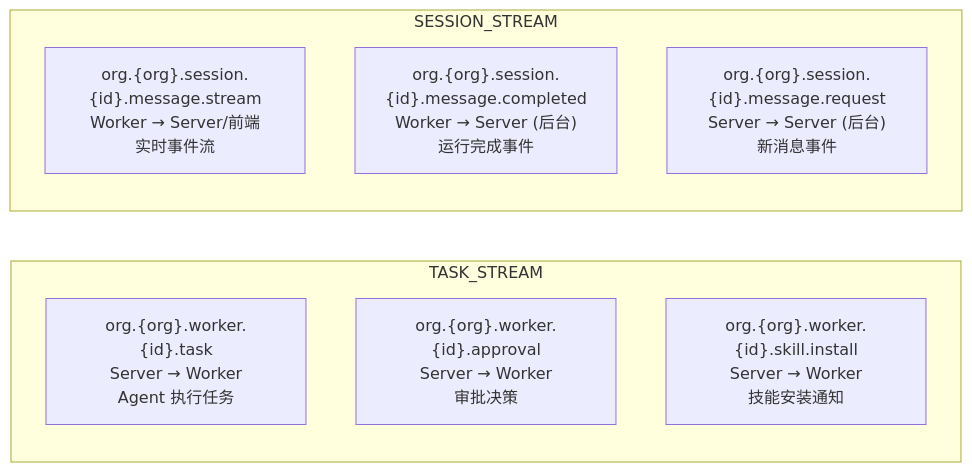
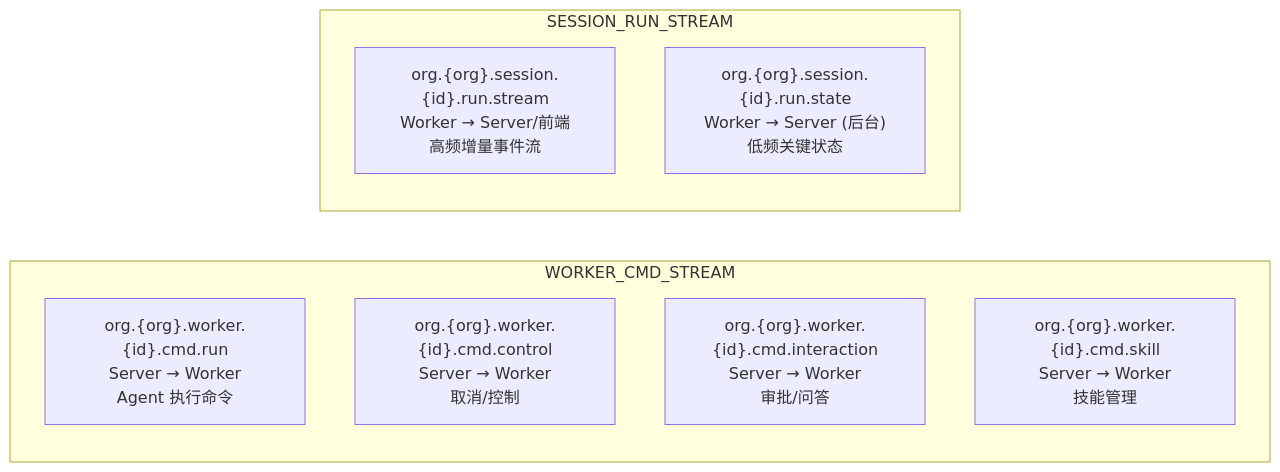
The second of 8 diagrams in agent-product/leros/user-session-full-flow.md (morehao/oss-insights), drawn with Mermaid before and after one commit. The commit also changed other lines of this file and 4 other files, not shown here.

Commit message:
docs(leros): update architecture and data flow documents

````diff
--- a/agent-product/leros/user-session-full-flow.md
+++ b/agent-product/leros/user-session-full-flow.md
@@ -56,14 +58,14 @@
 ```mermaid
 graph LR
-    subgraph TASK_STREAM
-        T1["org.{org}.worker.{id}.task<br/>Server → Worker<br/>Agent 执行任务"]
-        T2["org.{org}.worker.{id}.approval<br/>Server → Worker<br/>审批决策"]
-        T3["org.{org}.worker.{id}.skill.install<br/>Server → Worker<br/>技能安装通知"]
+    subgraph WORKER_CMD_STREAM
+        T1["org.{org}.worker.{id}.cmd.run<br/>Server → Worker<br/>Agent 执行命令"]
+        T2["org.{org}.worker.{id}.cmd.control<br/>Server → Worker<br/>取消/控制"]
+        T3["org.{org}.worker.{id}.cmd.interaction<br/>Server → Worker<br/>审批/问答"]
+        T4["org.{org}.worker.{id}.cmd.skill<br/>Server → Worker<br/>技能管理"]
     end
 
-    subgraph SESSION_STREAM
-        S1["org.{org}.session.{id}.message.stream<br/>Worker → Server/前端<br/>实时事件流"]
-        S2["org.{org}.session.{id}.message.completed<br/>Worker → Server (后台)<br/>运行完成事件"]
-        S3["org.{org}.session.{id}.message.request<br/>Server → Server (后台)<br/>新消息事件"]
+    subgraph SESSION_RUN_STREAM
+        S1["org.{org}.session.{id}.run.stream<br/>Worker → Server/前端<br/>高频增量事件流"]
+        S2["org.{org}.session.{id}.run.state<br/>Worker → Server (后台)<br/>低频关键状态"]
     end
 ```
````
